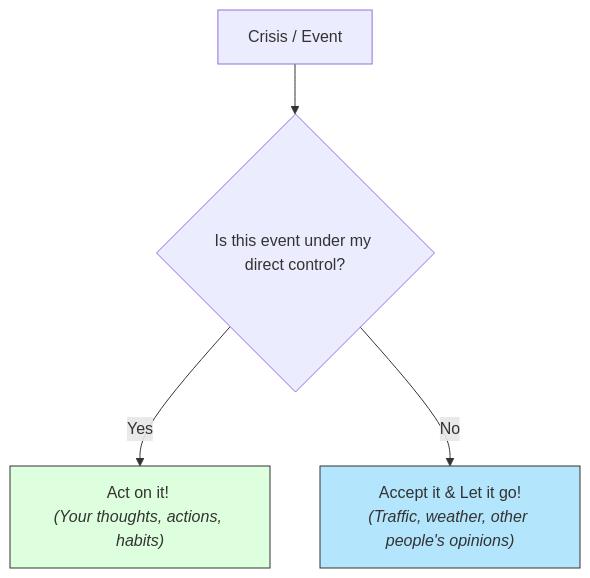
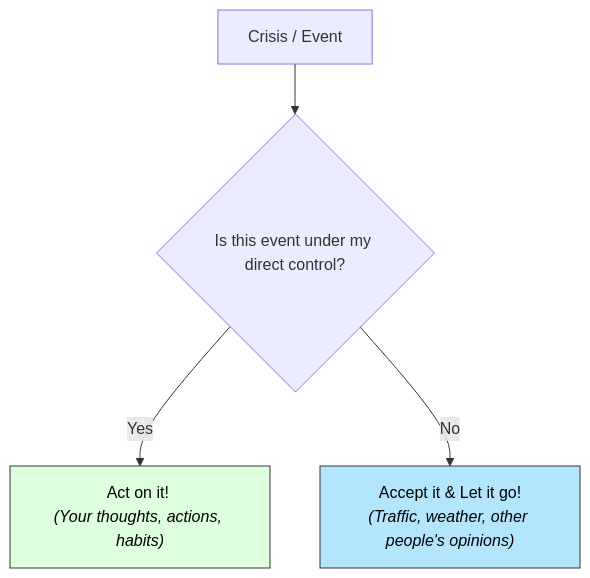
One commit to AtlasRoX/everything101 changed the second of 2 diagrams in humanities-finance-society/Philosophy/Stoicism101.md. Above: the diagram before and after it, drawn with Mermaid. The commit also changed other lines of this file and 27 other files, not shown here.

````diff
--- a/humanities-finance-society/Philosophy/Stoicism101.md
+++ b/humanities-finance-society/Philosophy/Stoicism101.md
@@ -49,9 +49,9 @@
 ```mermaid
 graph TD
     Event[Crisis / Event] --> Test{Is this event under my direct control?}
     Test -->|Yes| Control["Act on it! <br><i>(Your thoughts, actions, habits)</i>"]
     Test -->|No| Accept["Accept it & Let it go!<br><i>(Traffic, weather, other people's opinions)</i>"]
     
-    style Control fill:#dfd,stroke:#333
-    style Accept fill:#b3e5fc,stroke:#333
+    style Control fill:#dfd,stroke:#333,color:#000
+    style Accept fill:#b3e5fc,stroke:#333,color:#000
 ```
````
